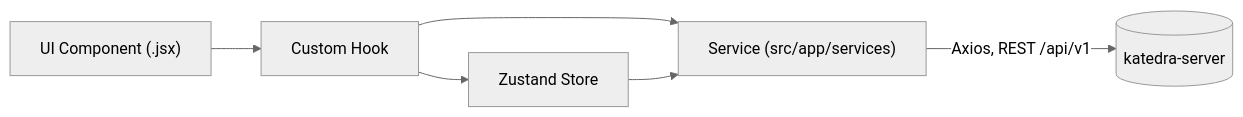
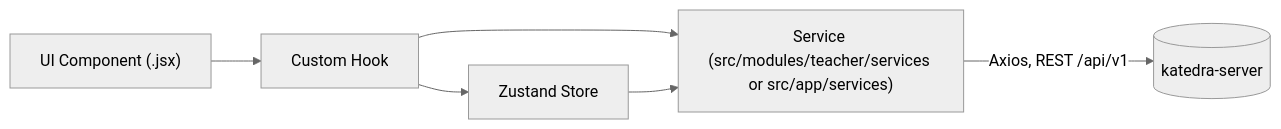
One commit to SAULALEE/katedra-client changed the diagram in README.en.md. Above: the diagram before and after it, drawn with Mermaid (neutral theme). The commit also changed 58 other files, not shown here.

````diff
--- a/README.en.md
+++ b/README.en.md
@@ -27,8 +27,8 @@
 ```mermaid
 flowchart LR
     UI["UI Component (.jsx)"] --> Hook["Custom Hook"]
     Hook --> Store["Zustand Store"]
-    Hook --> Service["Service (src/app/services)"]
+    Hook --> Service["Service (src/modules/teacher/services or src/app/services)"]
     Store --> Service
     Service -->|Axios, REST /api/v1| API[("katedra-server")]
 ```
````
